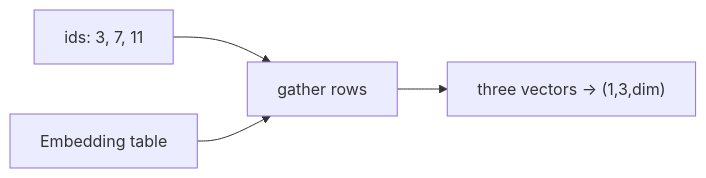
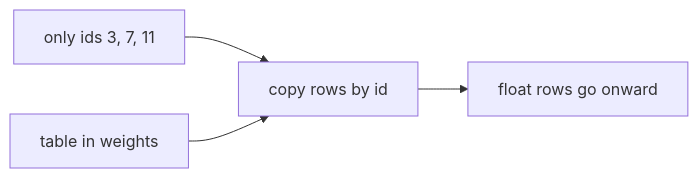
Before and after one commit to chaxus/arche: the diagram in web/src/content/beginner/en/embedding.md, drawn with Mermaid. The commit also changed other lines of this file and 4 other files, not shown here.

First line of the commit message:
Explain embedding as copy-row-by-id, not vector jargon.

````diff
--- a/web/src/content/beginner/en/embedding.md
+++ b/web/src/content/beginner/en/embedding.md
@@ -31,6 +51,6 @@
 ```mermaid
 flowchart LR
-  ids["ids: 3, 7, 11"] --> pick[gather rows]
-  table[Embedding table] --> pick
-  pick --> out["three vectors → (1,3,dim)"]
+  ids["only ids 3, 7, 11"] --> copy[copy rows by id]
+  table[table in weights] --> copy
+  copy --> nums["float rows go onward"]
 ```
````
